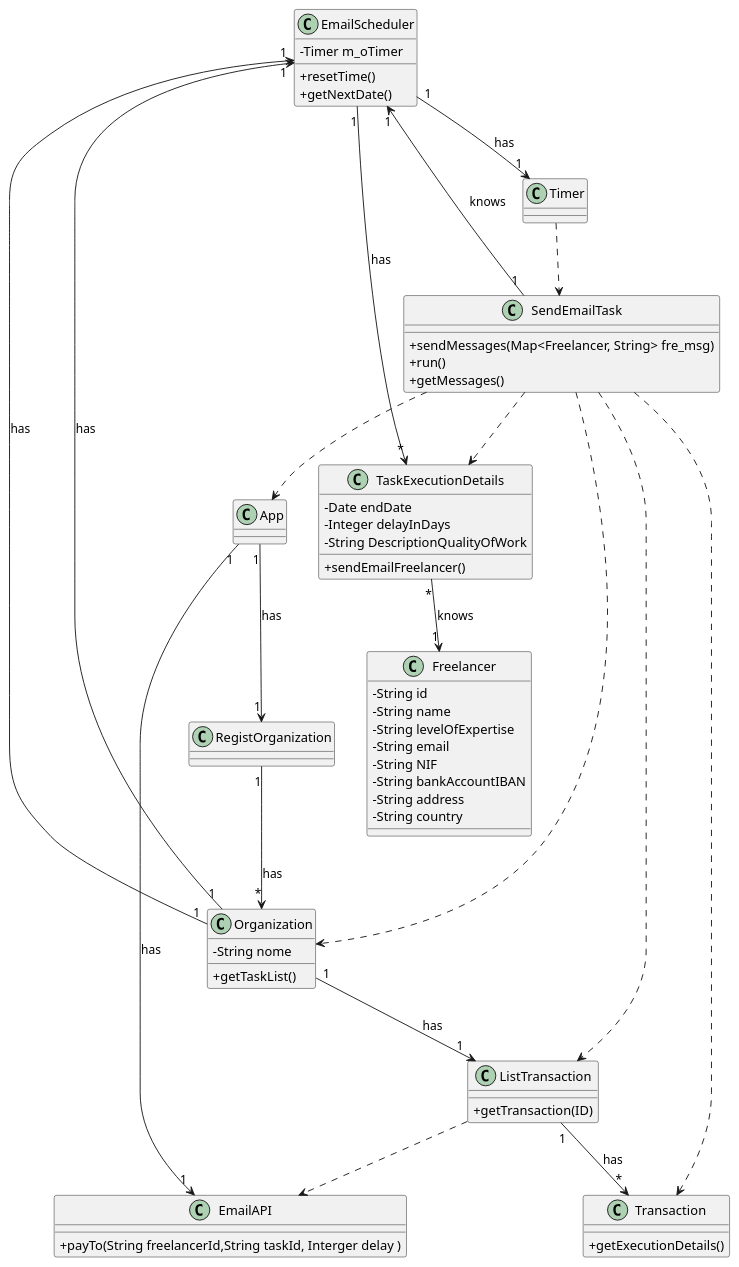
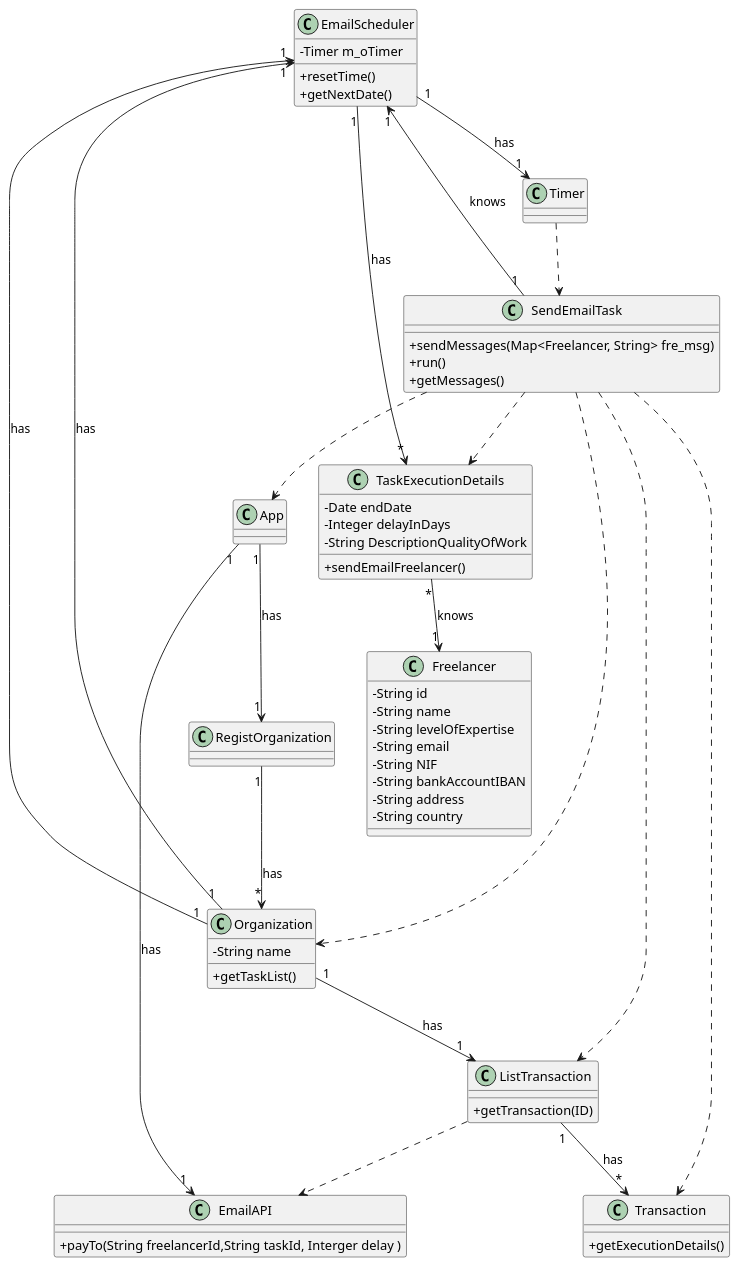
The diagram in docs/UC_10/UC10_CD.puml (botelho-io/lapr2-2020-g029), drawn with PlantUML before and after one commit. The commit also changed 38 other files, not shown here.

Commit message:
nome -> name [documentation]

```diff
--- a/docs/UC_10/UC10_CD.puml
+++ b/docs/UC_10/UC10_CD.puml
@@ -1,75 +1,75 @@
 @startuml CD
 skinparam classAttributeIconSize 0
 top to bottom direction
 
 class EmailScheduler {
         - Timer m_oTimer
         + resetTime()
         + getNextDate()
 }
 
-class SendEmailTask {       
+class SendEmailTask {
 	+ sendMessages(Map<Freelancer, String> fre_msg)
         + run()
 	+ getMessages()
 }
 
 
 class EmailAPI {
 	+ payTo(String freelancerId,String taskId, Interger delay )
 }
 
 
 class Organization {
-        - String nome
+        - String name
         + getTaskList()
 }
 
 class ListTransaction {
         + getTransaction(ID)
 }
 
 class Transaction {
         + getExecutionDetails()
 }
 
 
 class TaskExecutionDetails {
         - Date endDate
         - Integer delayInDays
         - String DescriptionQualityOfWork
         + sendEmailFreelancer()
 }
 
 class Freelancer {
         - String id
         - String name
         - String levelOfExpertise
         - String email
         - String NIF
         - String bankAccountIBAN
         - String address
         - String country
 }
 
 
 App                          "1" --> "1"      EmailAPI                  : has
 App                          "1" --> "1"      RegistOrganization        : has
 Timer                            ..>          SendEmailTask
 TaskExecutionDetails         "*" --> "1"      Freelancer                : knows
 Organization                 "1" --> "1"      EmailScheduler            : has
 SendEmailTask                   ..>          ListTransaction
 SendEmailTask                   ..>          Transaction
 SendEmailTask                  ..>          App
 SendEmailTask                  ..>          Organization
 SendEmailTask                  ..>          TaskExecutionDetails
 SendEmailTask              "1" --> "1"      EmailScheduler            : knows
 ListTransaction              "1" --> "*"      Transaction               : has
 ListTransaction                  ..>          EmailAPI
 EmailScheduler               "1" --> "1"      Timer                     : has
 EmailScheduler               "1" --> "*"      TaskExecutionDetails      : has
 RegistOrganization           "1" --> "*"      Organization              : has
 Organization                 "1" --> "1"      ListTransaction           : has
 Organization                 "1" --> "1"      EmailScheduler           : has
 
 @enduml
```
